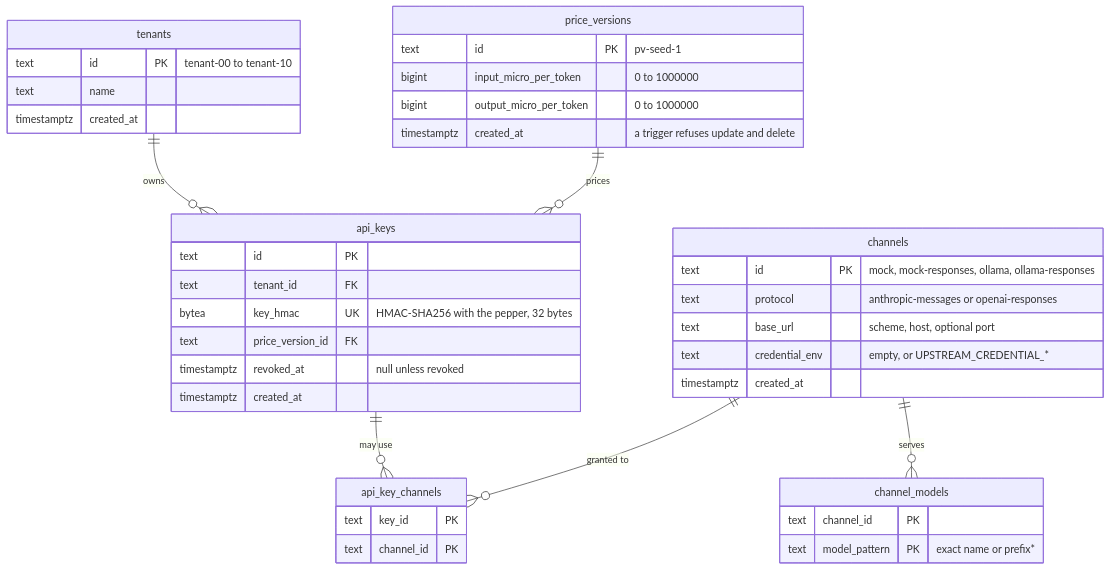
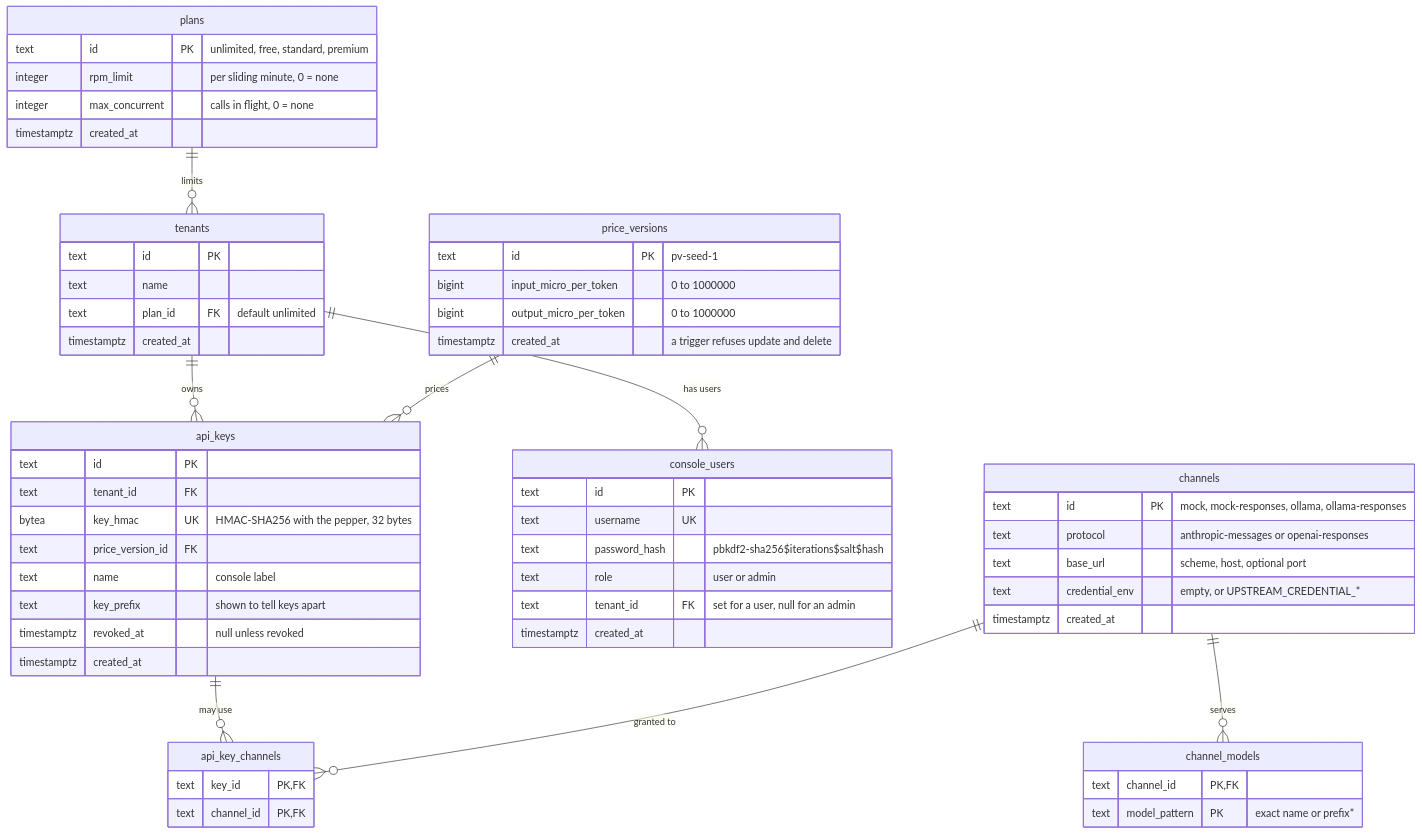
The sixth of 14 diagrams in docs/diagrams/as-built.md (bibi45c/gateflow), drawn with Mermaid before and after one commit. The commit also changed other lines of this file, not shown here.

````diff
--- a/docs/diagrams/as-built.md
+++ b/docs/diagrams/as-built.md
@@ -431,42 +539,61 @@
 ```mermaid
 erDiagram
+  plans ||--o{ tenants : "limits"
   tenants ||--o{ api_keys : "owns"
+  tenants ||--o{ console_users : "has users"
   price_versions ||--o{ api_keys : "prices"
   api_keys ||--o{ api_key_channels : "may use"
   channels ||--o{ api_key_channels : "granted to"
   channels ||--o{ channel_models : "serves"
+  plans {
+    text id PK "unlimited, free, standard, premium"
+    integer rpm_limit "per sliding minute, 0 = none"
+    integer max_concurrent "calls in flight, 0 = none"
+    timestamptz created_at
+  }
   tenants {
-    text id PK "tenant-00 to tenant-10"
+    text id PK
     text name
+    text plan_id FK "default unlimited"
     timestamptz created_at
   }
   api_keys {
     text id PK
     text tenant_id FK
     bytea key_hmac UK "HMAC-SHA256 with the pepper, 32 bytes"
     text price_version_id FK
+    text name "console label"
+    text key_prefix "shown to tell keys apart"
     timestamptz revoked_at "null unless revoked"
     timestamptz created_at
   }
   price_versions {
     text id PK "pv-seed-1"
     bigint input_micro_per_token "0 to 1000000"
     bigint output_micro_per_token "0 to 1000000"
     timestamptz created_at "a trigger refuses update and delete"
   }
   api_key_channels {
-    text key_id PK
-    text channel_id PK
+    text key_id PK, FK
+    text channel_id PK, FK
   }
   channels {
     text id PK "mock, mock-responses, ollama, ollama-responses"
     text protocol "anthropic-messages or openai-responses"
     text base_url "scheme, host, optional port"
     text credential_env "empty, or UPSTREAM_CREDENTIAL_*"
     timestamptz created_at
   }
   channel_models {
-    text channel_id PK
+    text channel_id PK, FK
     text model_pattern PK "exact name or prefix*"
   }
+  console_users {
+    text id PK
+    text username UK
+    text password_hash "pbkdf2-sha256$iterations$salt$hash"
+    text role "user or admin"
+    text tenant_id FK "set for a user, null for an admin"
+    timestamptz created_at
+  }
 ```
````
